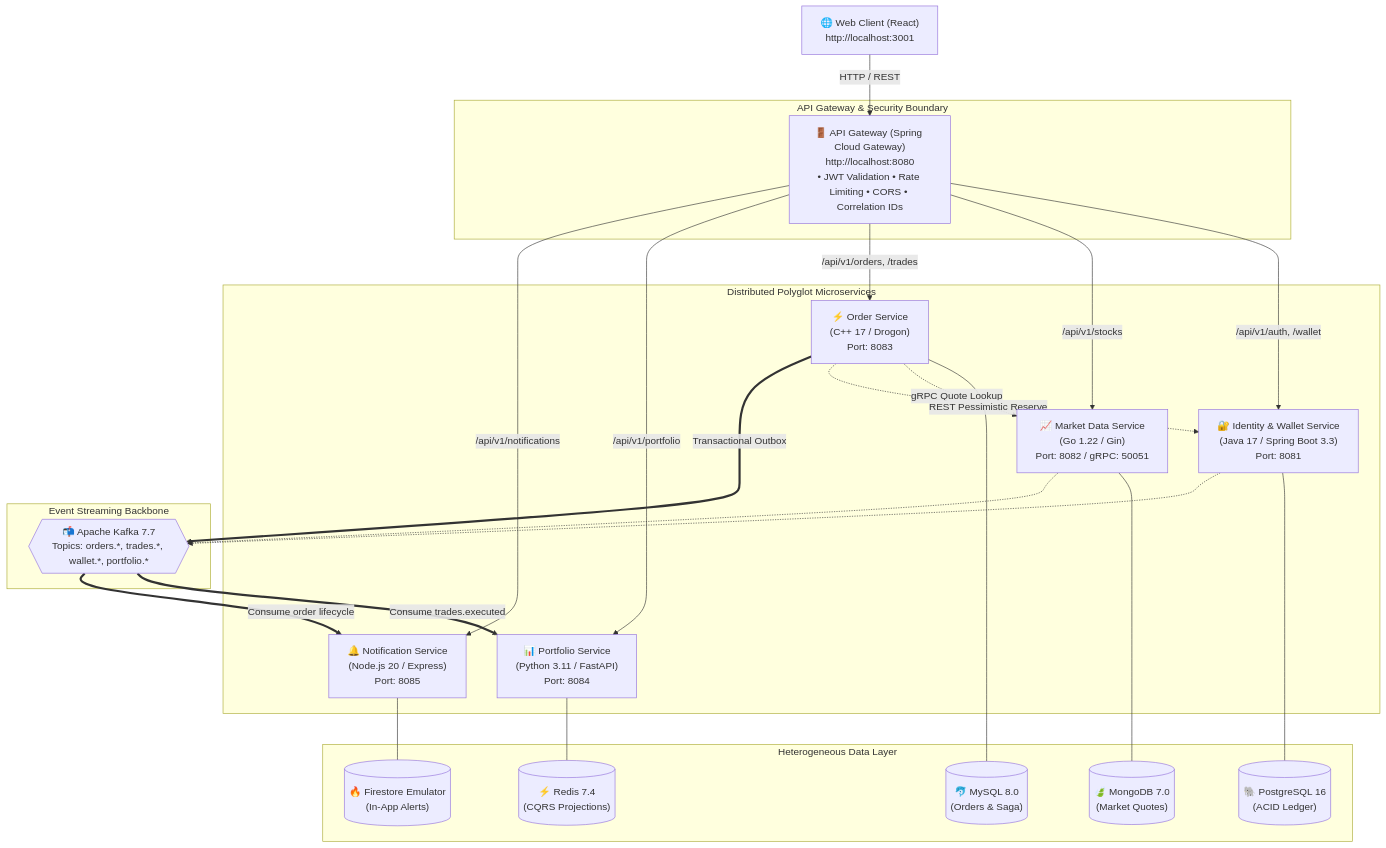
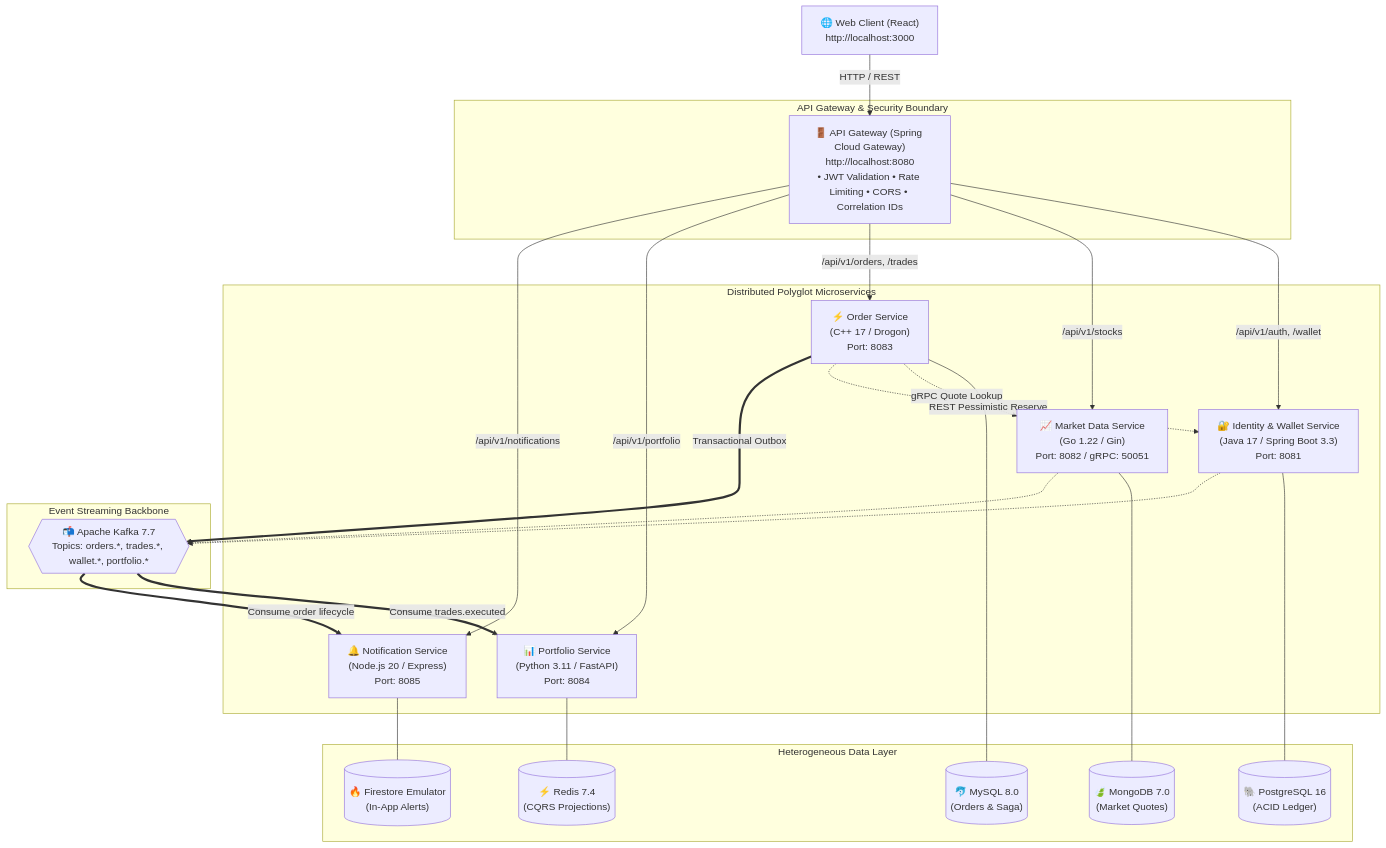
The diagram in README.md (jenilsoni01/stock-trading-platform), drawn with Mermaid before and after one commit. The commit also changed other lines of this file and 2 other files, not shown here.

Commit message:
refactor: standardize Web Client exclusively to port 3000 across all configs and docs

````diff
--- a/README.md
+++ b/README.md
@@ -36,50 +36,50 @@
 ```mermaid
 flowchart TD
-    Client["🌐 Web Client (React)<br/>http://localhost:3001"]
+    Client["🌐 Web Client (React)<br/>http://localhost:3000"]
     
     subgraph GatewayLayer ["API Gateway & Security Boundary"]
         Gateway["🚪 API Gateway (Spring Cloud Gateway)<br/>http://localhost:8080<br/>• JWT Validation • Rate Limiting • CORS • Correlation IDs"]
     end
 
     subgraph Microservices ["Distributed Polyglot Microservices"]
         Identity["🔐 Identity & Wallet Service<br/>(Java 17 / Spring Boot 3.3)<br/>Port: 8081"]
         Market["📈 Market Data Service<br/>(Go 1.22 / Gin)<br/>Port: 8082 / gRPC: 50051"]
         Order["⚡ Order Service<br/>(C++ 17 / Drogon)<br/>Port: 8083"]
         Portfolio["📊 Portfolio Service<br/>(Python 3.11 / FastAPI)<br/>Port: 8084"]
         Notification["🔔 Notification Service<br/>(Node.js 20 / Express)<br/>Port: 8085"]
     end
 
     subgraph DataStores ["Heterogeneous Data Layer"]
         Postgres[("🐘 PostgreSQL 16<br/>(ACID Ledger)")]
         MongoDB[("🍃 MongoDB 7.0<br/>(Market Quotes)")]
         MySQL[("🐬 MySQL 8.0<br/>(Orders & Saga)")]
         Redis[("⚡ Redis 7.4<br/>(CQRS Projections)")]
         Firestore[("🔥 Firestore Emulator<br/>(In-App Alerts)")]
     end
 
     subgraph EventBackbone ["Event Streaming Backbone"]
         Kafka{{"📬 Apache Kafka 7.7<br/>Topics: orders.*, trades.*, wallet.*, portfolio.*"}}
     end
 
     Client -->|HTTP / REST| Gateway
     Gateway -->|/api/v1/auth, /wallet| Identity
     Gateway -->|/api/v1/stocks| Market
     Gateway -->|/api/v1/orders, /trades| Order
     Gateway -->|/api/v1/portfolio| Portfolio
     Gateway -->|/api/v1/notifications| Notification
 
     Identity --- Postgres
     Market --- MongoDB
     Order --- MySQL
     Portfolio --- Redis
     Notification --- Firestore
 
     Order -.->|gRPC Quote Lookup| Market
     Order -.->|REST Pessimistic Reserve| Identity
 
     Order ==>|Transactional Outbox| Kafka
     Identity -.-> Kafka
     Market -.-> Kafka
     Kafka ==>|Consume trades.executed| Portfolio
     Kafka ==>|Consume order lifecycle| Notification
 ```
````
